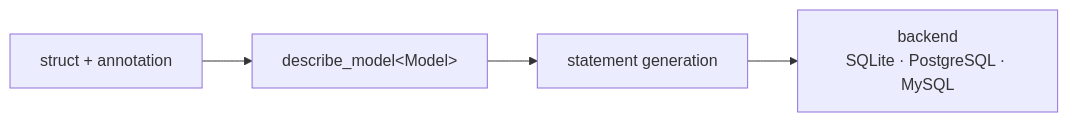
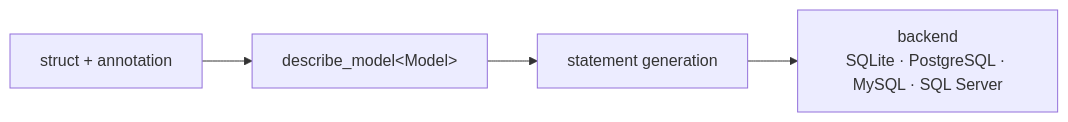
Before and after one commit to leth4lweap0n/entityfy: the second of 3 diagrams in README.md, drawn with Mermaid. The commit also changed other lines of this file and 22 other files, not shown here.

````diff
--- a/README.md
+++ b/README.md
@@ -30,6 +30,6 @@
 ```mermaid
 flowchart LR
     model["struct + annotation"] --> describe["describe_model&lt;Model&gt;"]
     describe --> statement["statement generation"]
-    statement --> backend["backend<br/>SQLite · PostgreSQL · MySQL"]
+    statement --> backend["backend<br/>SQLite · PostgreSQL · MySQL · SQL Server"]
 ```
````
